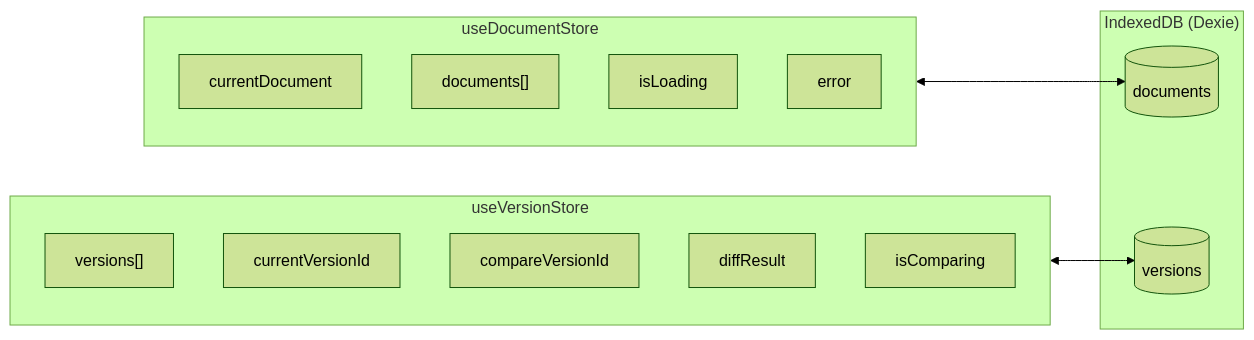
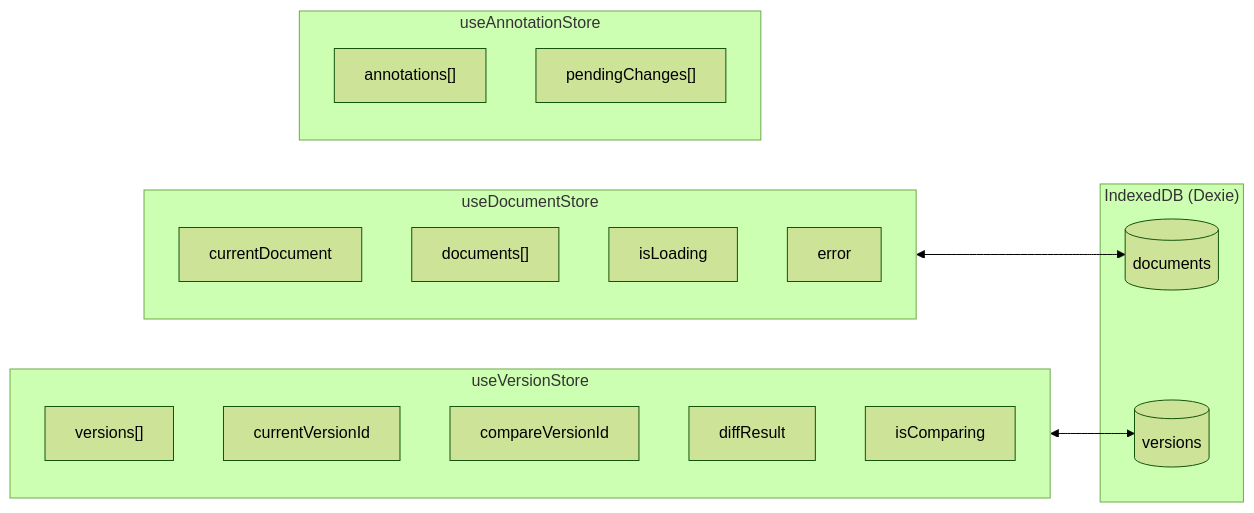
Before and after one commit to hellosurbhi/pdf-review-tool: the sixth of 10 diagrams in ARCHITECTURE.md, drawn with Mermaid (forest theme). The commit also changed other lines of this file and 10 other files, not shown here.

````diff
--- a/ARCHITECTURE.md
+++ b/ARCHITECTURE.md
@@ -165,25 +166,30 @@
 ```mermaid
 flowchart LR
     subgraph DocumentStore["useDocumentStore"]
         DS_Doc["currentDocument"]
         DS_Docs["documents[]"]
         DS_Loading["isLoading"]
         DS_Error["error"]
     end
 
     subgraph VersionStore["useVersionStore"]
         VS_Versions["versions[]"]
         VS_Current["currentVersionId"]
         VS_Compare["compareVersionId"]
         VS_Diff["diffResult"]
         VS_Comparing["isComparing"]
     end
 
+    subgraph AnnotationStore["useAnnotationStore"]
+        AS_Annotations["annotations[]"]
+        AS_Changes["pendingChanges[]"]
+    end
+
     subgraph IndexedDB["IndexedDB (Dexie)"]
         DB_Docs[("documents")]
         DB_Vers[("versions")]
     end
 
     DocumentStore <--> DB_Docs
     VersionStore <--> DB_Vers
 ```
````
